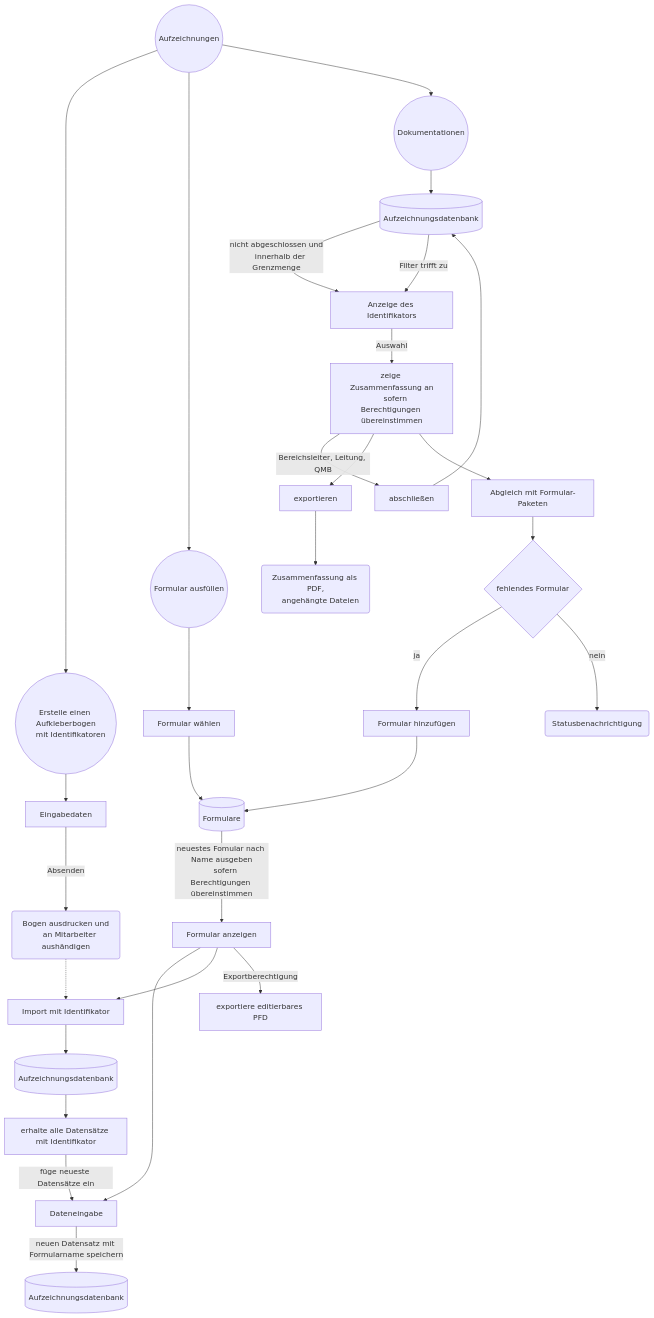
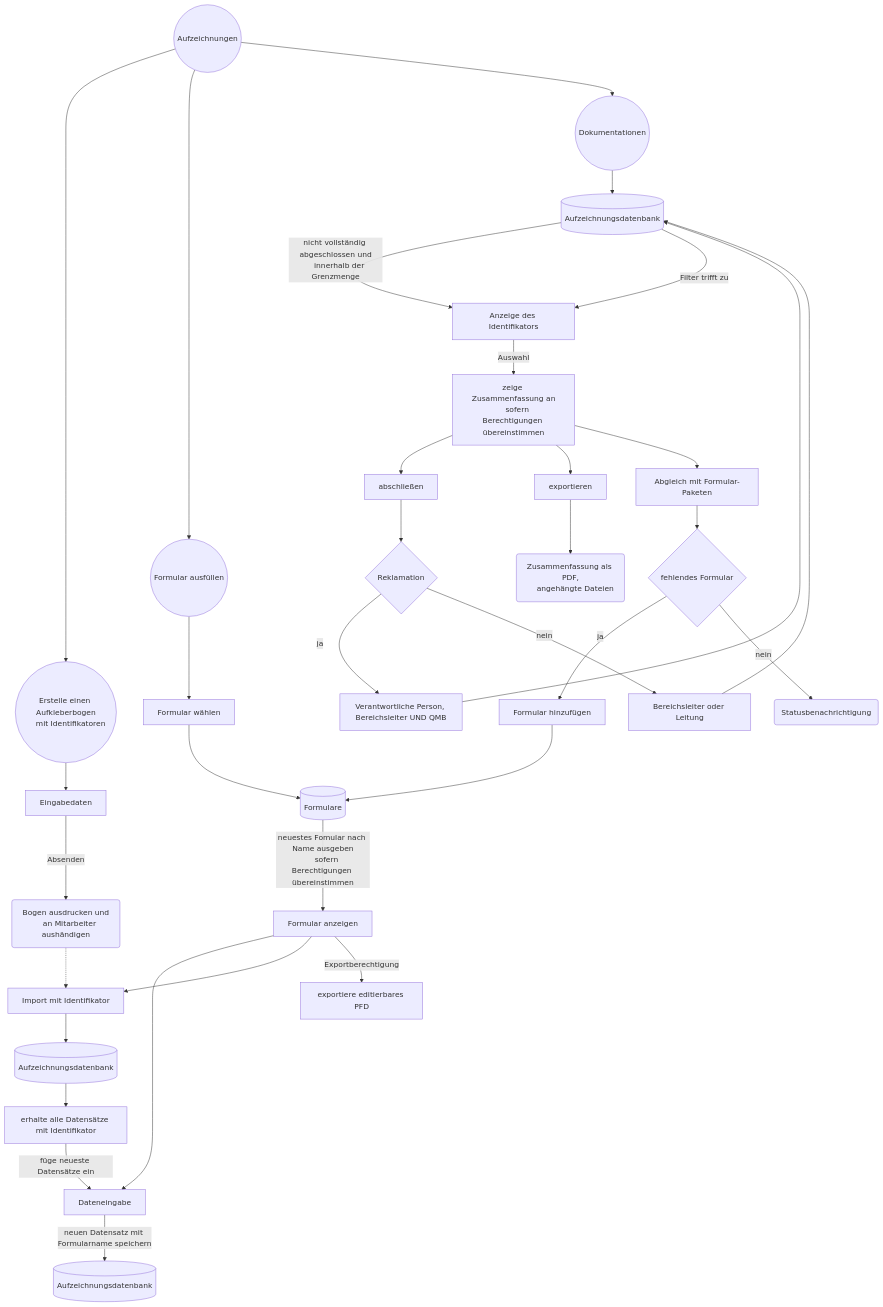
The fourth of 7 diagrams in readme.de.md (erroronline1/caro), drawn with Mermaid before and after one commit. The commit also changed other lines of this file and 9 other files, not shown here.

````diff
--- a/readme.de.md
+++ b/readme.de.md
@@ -473,41 +474,45 @@
 ```mermaid
 graph TD;
     records((Aufzeichnungen))-->identifiersheet(("Erstelle einen Aufkleberbogen
     mit Identifikatoren"));
     identifiersheet-->input[Eingabedaten];
     input-->|Absenden|print("Bogen ausdrucken und
     an Mitarbeiter aushändigen");
 
     records-->fillform((Formular ausfüllen));
     fillform-->selectform[Formular wählen];
     selectform-->forms[(Formulare)];
     forms-->|"neuestes Fomular nach Name ausgeben
     sofern Berechtigungen übereinstimmen "|displayform[Formular anzeigen];
     displayform-->inputdata[Dateneingabe];
     inputdata-->|neuen Datensatz mit Formularname speichern|recorddb[(Aufzeichnungsdatenbank)];
     displayform-->idimport[Import mit Identifikator];
     idimport-->recorddb2[(Aufzeichnungsdatenbank)];
     recorddb2-->selectbyid[erhalte alle Datensätze mit Identifikator];
     selectbyid-->|füge neueste Datensätze ein|inputdata;
     displayform-->|Exportberechtigung|exportform[exportiere editierbares PFD]
 
     print-.->idimport;
 
     records-->summaries((Dokumentationen));
     summaries-->recorddb3[(Aufzeichnungsdatenbank)]
-    recorddb3-->|"nicht abgeschlossen und
+    recorddb3-->|"nicht vollständig abgeschlossen und
     innerhalb der Grenzmenge"|displayids[Anzeige des Identifikators];
     recorddb3-->|Filter trifft zu|displayids;
     displayids-->|Auswahl|summary["zeige Zusammenfassung an
     sofern Berechtigungen übereinstimmen"];
-    summary-->|Bereichsleiter, Leitung, QMB|close[abschließen];
-    close-->recorddb3
+    summary-->close[abschließen];
+    close-->complaint{Reklamation};
+    complaint-->|ja|complaintclose[Verantwortliche Person, Bereichsleiter UND QMB];
+    complaintclose-->recorddb3;
+    complaint-->|nein|nocomplaintclose[Bereichsleiter oder Leitung];
+    nocomplaintclose-->recorddb3;
     summary-->export[exportieren];
     export-->pdf("Zusammenfassung als PDF,
     angehängte Dateien");
     summary-->matchbundles[Abgleich mit Formular-Paketen];
     matchbundles-->missing{fehlendes Formular};
     missing-->|ja|appenddata[Formular hinzufügen];
     appenddata-->forms;
     missing-->|nein|nonemissing(Statusbenachrichtigung);
 ```
````
